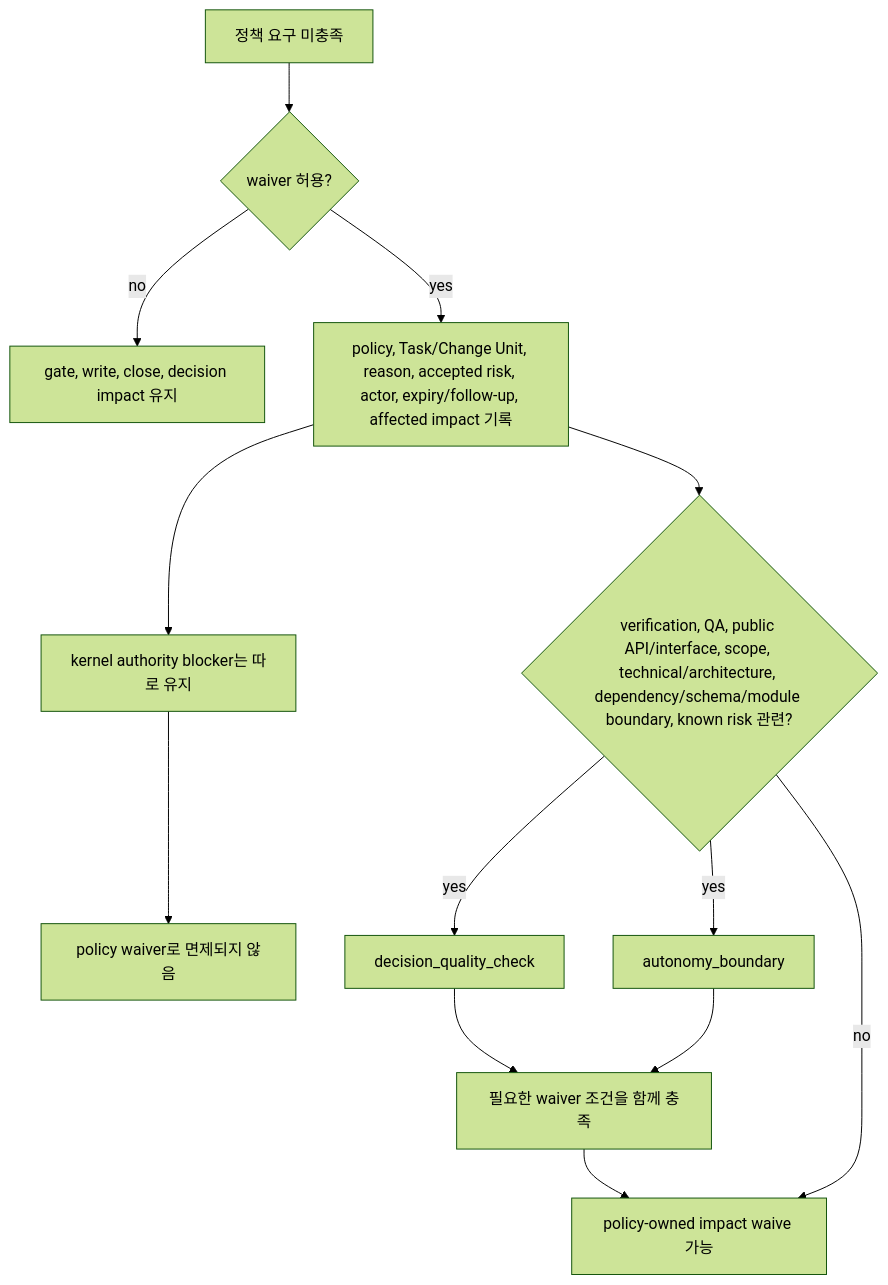
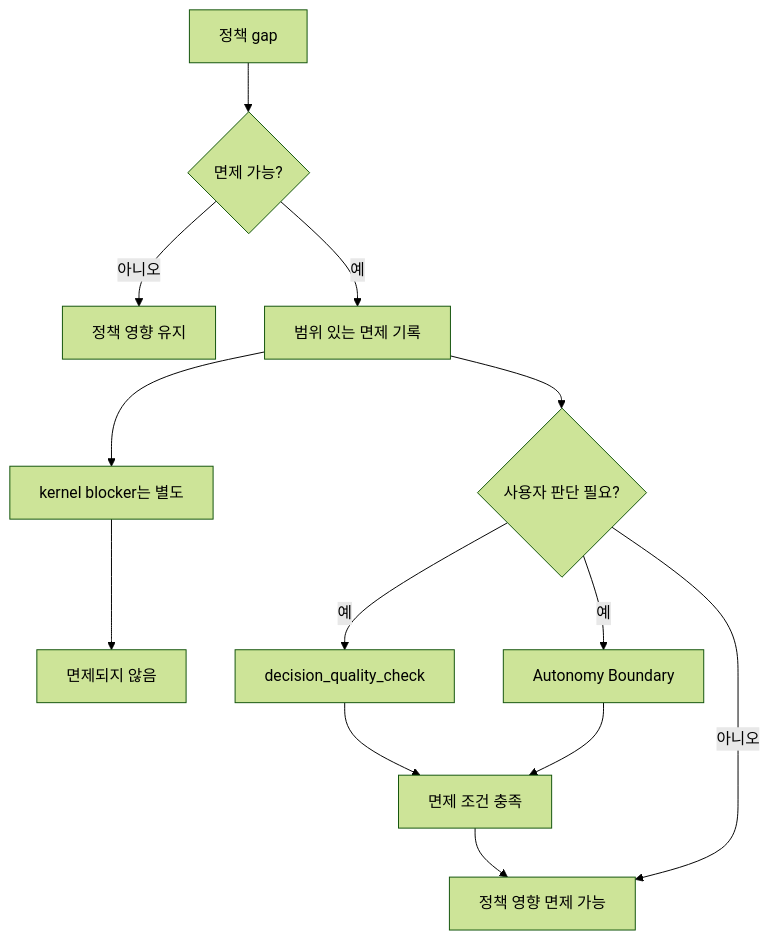
The second of 2 diagrams in docs/ko/reference/design-quality-policies.md (minjungw00/Harness_Project), drawn with Mermaid (forest theme) before and after one commit. The commit also changed other lines of this file and 15 other files, not shown here.

Commit message:
docs: simplify and audit Harness diagrams

````diff
--- a/docs/ko/reference/design-quality-policies.md
+++ b/docs/ko/reference/design-quality-policies.md
@@ -528,15 +529,15 @@
 ```mermaid
 flowchart TD
-  Gap["정책 요구 미충족"] --> Allowed{"waiver 허용?"}
-  Allowed -- no --> KeepImpact["gate, write, close, decision impact 유지"]
-  Allowed -- yes --> Record["policy, Task/Change Unit, reason, accepted risk, actor, expiry/follow-up, affected impact 기록"]
-  Record --> Kernel["kernel authority blocker는 따로 유지"]
-  Record --> Decision{"verification, QA, public API/interface, scope, technical/architecture, dependency/schema/module boundary, known risk 관련?"}
-  Decision -- yes --> Quality["decision_quality_check"]
-  Decision -- yes --> Boundary["autonomy_boundary"]
-  Decision -- no --> Waived["policy-owned impact waive 가능"]
-  Quality --> Conditions["필요한 waiver 조건을 함께 충족"]
+  Gap["정책 gap"] --> Allowed{"면제 가능?"}
+  Allowed -->|아니오| KeepImpact["정책 영향 유지"]
+  Allowed -->|예| Record["범위 있는 면제 기록"]
+  Record --> Kernel["kernel blocker는 별도"]
+  Record --> Decision{"사용자 판단 필요?"}
+  Decision -->|예| Quality["decision_quality_check"]
+  Decision -->|예| Boundary["Autonomy Boundary"]
+  Decision -->|아니오| Waived["정책 영향 면제 가능"]
+  Quality --> Conditions["면제 조건 충족"]
   Boundary --> Conditions
-  Kernel --> Separate["policy waiver로 면제되지 않음"]
+  Kernel --> Separate["면제되지 않음"]
   Conditions --> Waived
 ```
````
